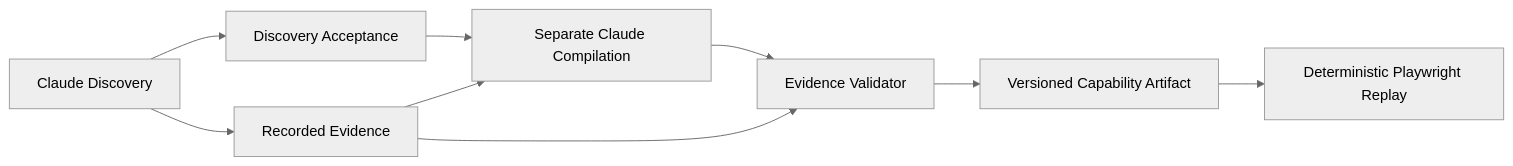
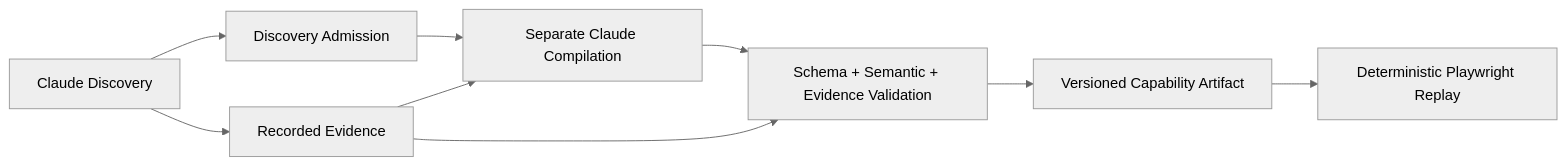
Before and after one commit to JohnnyMahoney/Agentic-Workflow-Engine: the diagram in README.md, drawn with Mermaid (neutral theme). The commit also changed other lines of this file and 102 other files, not shown here.

````diff
--- a/README.md
+++ b/README.md
@@ -29,11 +68,11 @@
 ```mermaid
 flowchart LR
-  D[Claude Discovery] --> A[Discovery Acceptance]
+  D[Claude Discovery] --> A[Discovery Admission]
   A --> C[Separate Claude Compilation]
-  C --> V[Evidence Validator]
+  C --> V[Schema + Semantic + Evidence Validation]
   V --> K[Versioned Capability Artifact]
   K --> R[Deterministic Playwright Replay]
   D --> E[Recorded Evidence]
   E --> C
   E --> V
 ```
````
